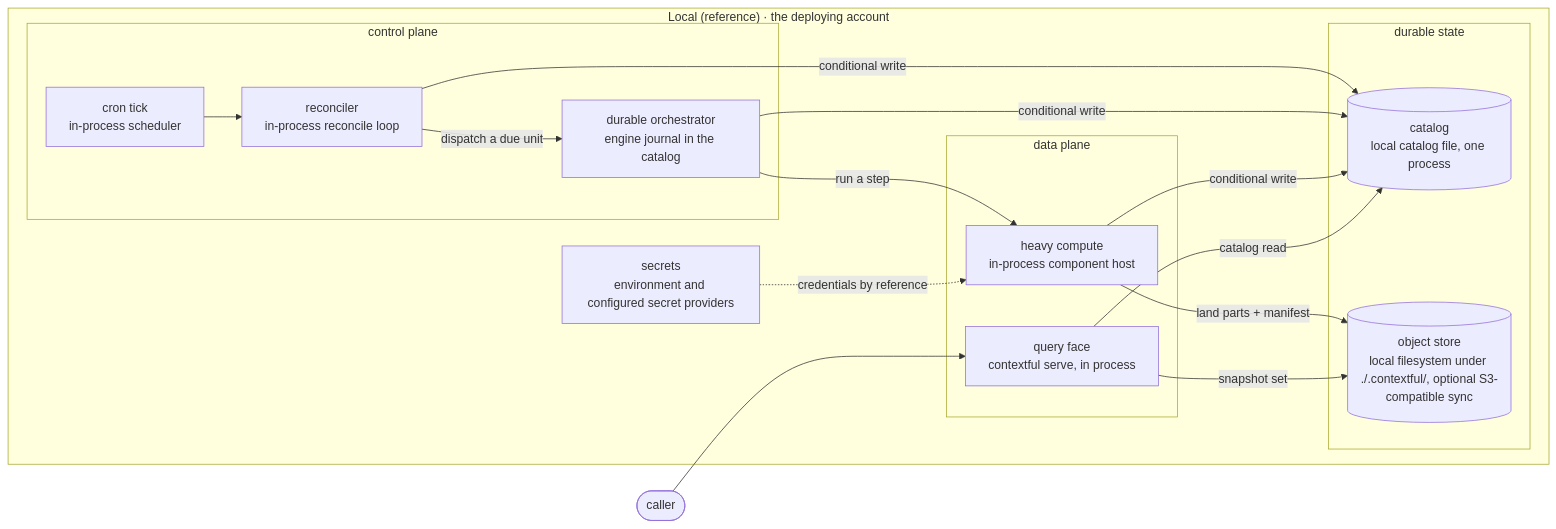
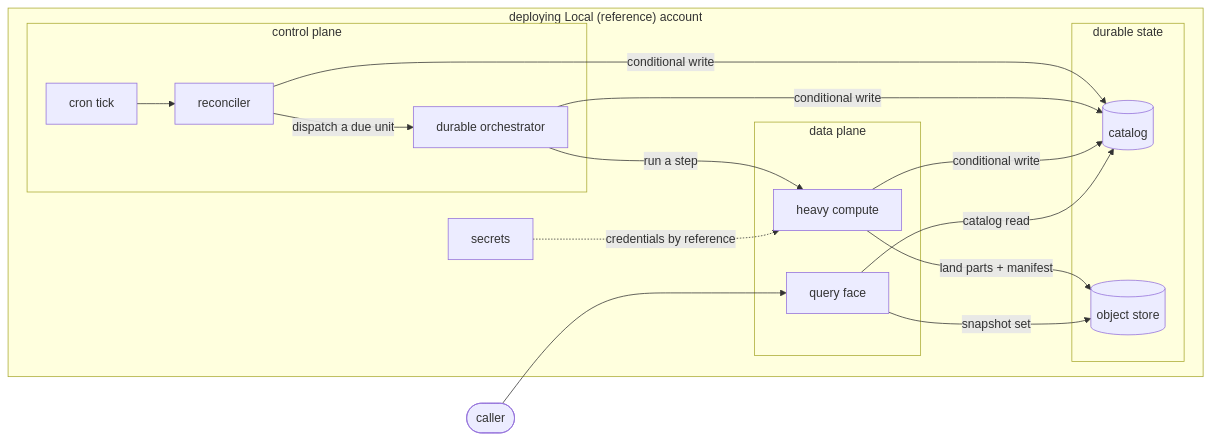
Before and after one commit to fractalboxdev/contextful: the third of 3 diagrams in spec/targets.md, drawn with Mermaid. The commit also changed other lines of this file and 24 other files, not shown here.

First line of the commit message:
spec: every flowchart draws one entity or process per node

````diff
--- a/spec/targets.md
+++ b/spec/targets.md
@@ -120,26 +120,26 @@
 ```mermaid
 flowchart LR
   CALLER(["caller"])
-  subgraph ACCOUNT["Local (reference) · the deploying account"]
+  subgraph ACCOUNT["deploying Local (reference) account"]
     subgraph CONTROL["control plane"]
-      TICK["cron tick<br/>in-process scheduler"]
-      REC["reconciler<br/>in-process reconcile loop"]
-      ORCH["durable orchestrator<br/>engine journal in the catalog"]
+      TICK["cron tick"]
+      REC["reconciler"]
+      ORCH["durable orchestrator"]
     end
     subgraph DATA["data plane"]
-      COMP["heavy compute<br/>in-process component host"]
-      QF["query face<br/>contextful serve, in process"]
+      COMP["heavy compute"]
+      QF["query face"]
     end
     subgraph STATE["durable state"]
-      CAT[("catalog<br/>local catalog file, one process")]
-      OBJ[("object store<br/>local filesystem under ./.contextful/, optional S3-compatible sync")]
+      CAT[("catalog")]
+      OBJ[("object store")]
     end
-    SEC["secrets<br/>environment and configured secret providers"]
+    SEC["secrets"]
   end
   TICK --> REC -- "dispatch a due unit" --> ORCH -- "run a step" --> COMP
   COMP -- "land parts + manifest" --> OBJ
   REC & ORCH & COMP -- "conditional write" --> CAT
   CALLER --> QF -- "snapshot set" --> OBJ
   QF -- "catalog read" --> CAT
   SEC -. "credentials by reference" .-> COMP
 ```
````
